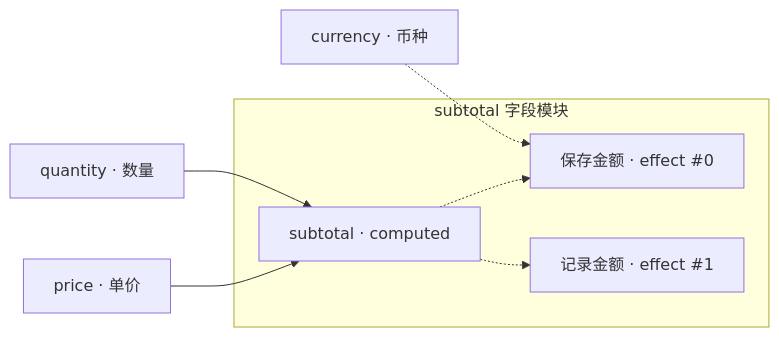
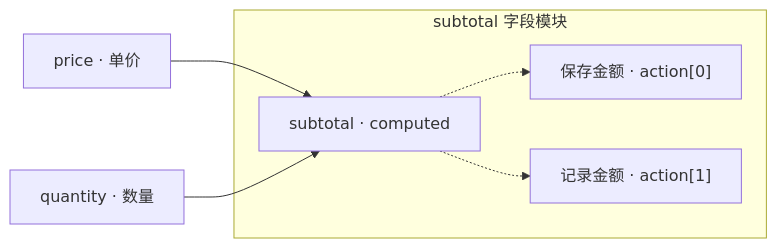
One commit to EdwardZZZ/model-reaction changed the diagram in packages/model-reaction/docs/DESIGN_EFFECT_DEPS_CN.md. Above: the diagram before and after it, drawn with Mermaid. The commit also changed other lines of this file, not shown here.

First line of the commit message:
docs(model-reaction): clarify batched action scheduling

````diff
--- a/packages/model-reaction/docs/DESIGN_EFFECT_DEPS_CN.md
+++ b/packages/model-reaction/docs/DESIGN_EFFECT_DEPS_CN.md
@@ -311,16 +298,14 @@
 ```mermaid
 flowchart LR
   price["price · 单价"]
   quantity["quantity · 数量"]
-  currency["currency · 币种"]
   subgraph subtotalModule["subtotal 字段模块"]
     subtotal["subtotal · computed"]
-    saveEffect["保存金额 · effect #0"]
-    trackEffect["记录金额 · effect #1"]
+    saveAction["保存金额 · action[0]"]
+    trackAction["记录金额 · action[1]"]
   end
   price --> subtotal
   quantity --> subtotal
-  subtotal -.-> saveEffect
-  currency -.-> saveEffect
-  subtotal -.-> trackEffect
+  subtotal -.-> saveAction
+  subtotal -.-> trackAction
 ```
````
